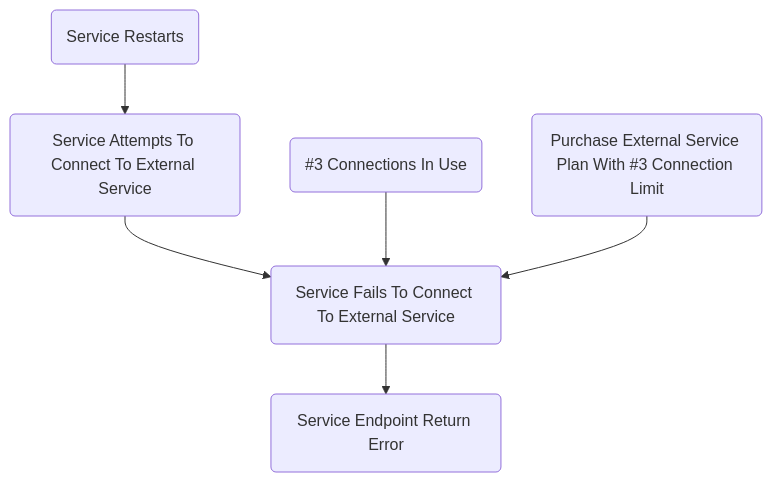
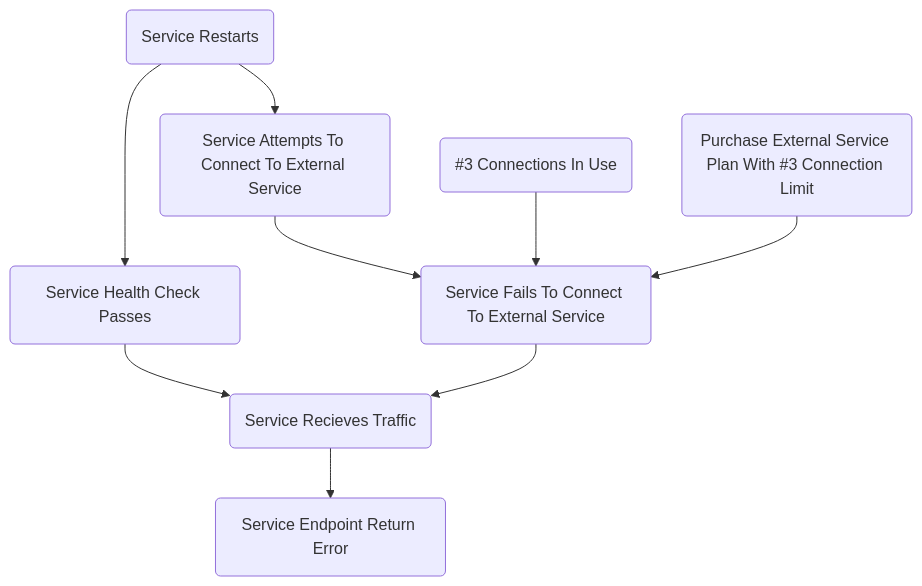
One commit to Cori1109/Cori1109.github.io changed the diagram in content/post/causal-diagrams.md. Above: the diagram before and after it, drawn with Mermaid. The commit also changed other lines of this file, not shown here.

````diff
--- a/content/post/causal-diagrams.md
+++ b/content/post/causal-diagrams.md
@@ -16,15 +16,18 @@
 ```mermaid
 graph TD
     A(Service Restarts)
     B(Service Attempts To Connect To External Service)
     C(Service Fails To Connect To External Service)
     D(Purchase External Service Plan With #3 Connection Limit)
     E(#3 Connections In Use)
-    F(Service Endpoint Return Error)
+    F(Service Health Check Passes)
+    G(Service Recieves Traffic)
+    H(Service Endpoint Return Error)
    
-    A --> B
-    B --> C
+    A --> B --> C
+    A --> F --> G
+    C --> G
     E --> C
     D --> C
-    C --> F
+    G --> H
 ```
````
